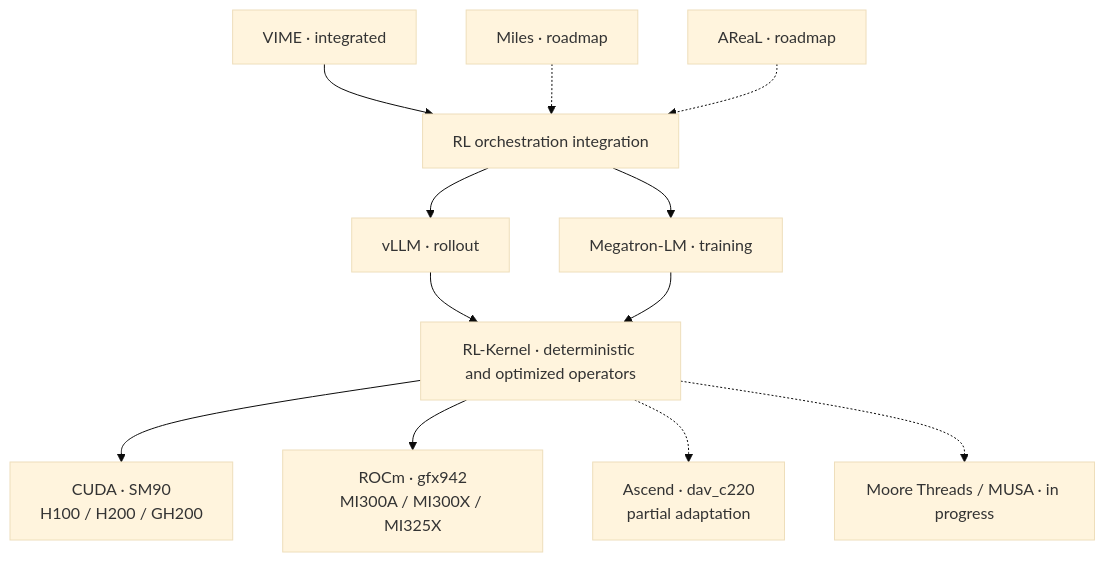
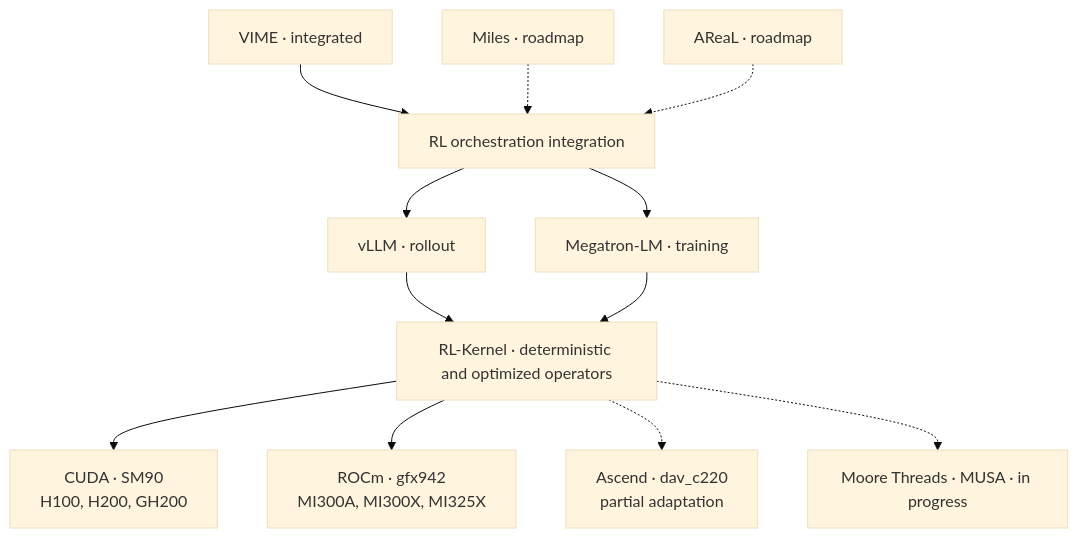
One commit to Flink-ddd/Kernel-Align changed the diagram in README.md. Above: the diagram before and after it, drawn with Mermaid (base theme). The commit also changed other lines of this file, not shown here.

````diff
--- a/README.md
+++ b/README.md
@@ -80,14 +73,14 @@
 ```mermaid
 flowchart TB
     VIME["VIME · integrated"] --> ORCH["RL orchestration integration"]
     MILES["Miles · roadmap"] -.-> ORCH
     AREAL["AReaL · roadmap"] -.-> ORCH
     ORCH --> VLLM["vLLM · rollout"]
     ORCH --> MEGATRON["Megatron-LM · training"]
     VLLM --> RLK["RL-Kernel · deterministic and optimized operators"]
     MEGATRON --> RLK
-    RLK --> CUDA["CUDA · SM90<br/>H100 / H200 / GH200"]
-    RLK --> ROCM["ROCm · gfx942<br/>MI300A / MI300X / MI325X"]
+    RLK --> CUDA["CUDA · SM90<br/>H100, H200, GH200"]
+    RLK --> ROCM["ROCm · gfx942<br/>MI300A, MI300X, MI325X"]
     RLK -.-> ASCEND["Ascend · dav_c220<br/>partial adaptation"]
-    RLK -.-> MUSA["Moore Threads / MUSA · in progress"]
+    RLK -.-> MUSA["Moore Threads · MUSA · in progress"]
 ```
````
